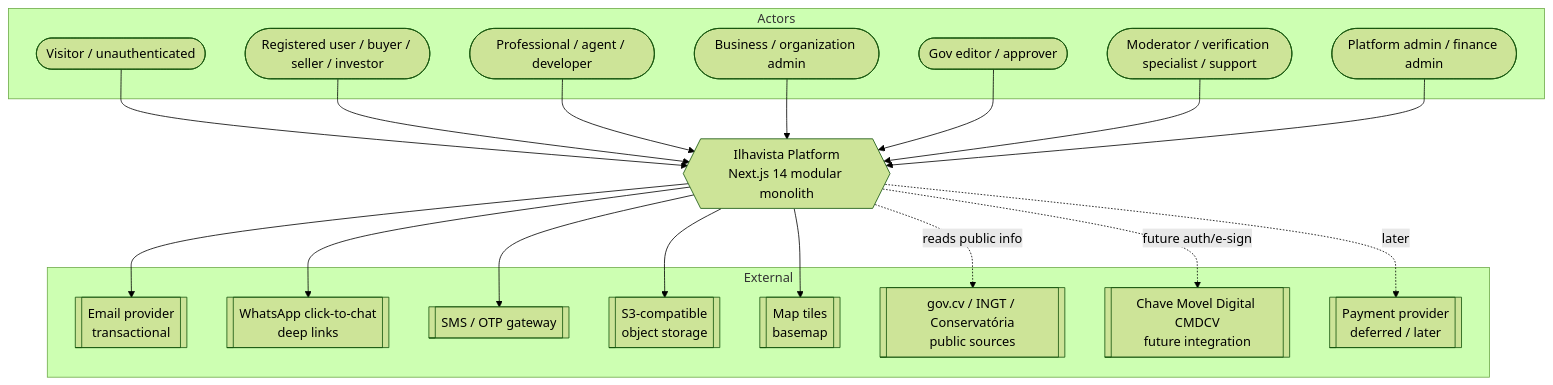
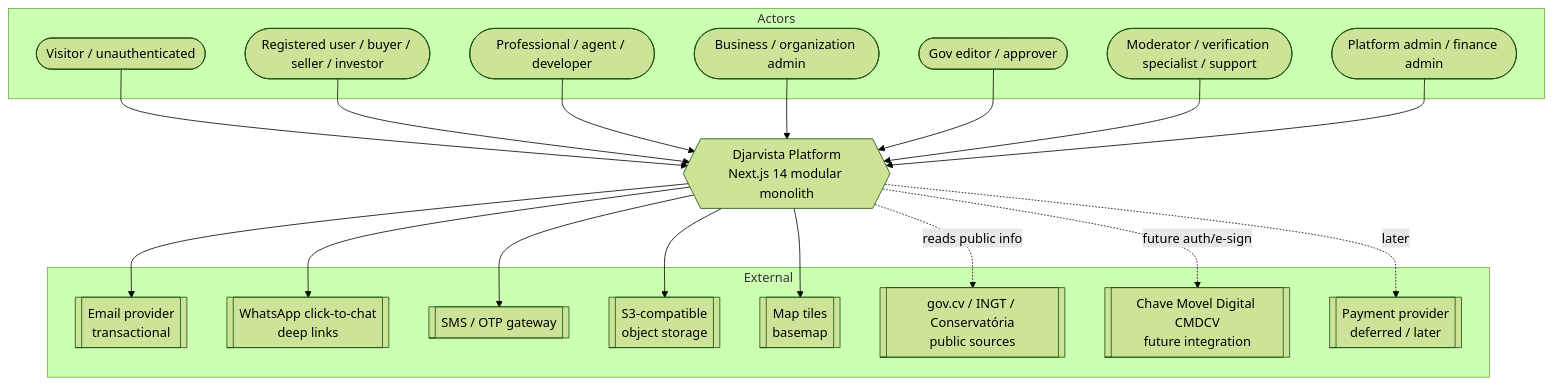
Before and after one commit to Studio-Goud/CapeVerdeMobilia: the first of 9 diagrams in docs/10-technical-architecture.md, drawn with Mermaid (forest theme). The commit also changed other lines of this file and 86 other files, not shown here.

First line of the commit message:
Rebrand: Ilhavista → Djarvista across docs, code, seed and demo

````diff
--- a/docs/10-technical-architecture.md
+++ b/docs/10-technical-architecture.md
@@ -24,42 +24,42 @@
 ```mermaid
 graph TB
     subgraph Actors
         Visitor([Visitor / unauthenticated])
         User([Registered user / buyer / seller / investor])
         Pro([Professional / agent / developer])
         OrgAdmin([Business / organization admin])
         GovEditor([Gov editor / approver])
         Ops([Moderator / verification specialist / support])
         Admin([Platform admin / finance admin])
     end
 
-    Ilhavista{{Ilhavista Platform<br/>Next.js 14 modular monolith}}
+    Djarvista{{Djarvista Platform<br/>Next.js 14 modular monolith}}
 
     subgraph External
         Email[[Email provider<br/>transactional]]
         WhatsApp[[WhatsApp click-to-chat<br/>deep links]]
         SMS[[SMS / OTP gateway]]
         S3[[S3-compatible<br/>object storage]]
         Maps[[Map tiles<br/>basemap]]
         GovCV[[gov.cv / INGT / Conservatória<br/>public sources]]
         CMDCV[[Chave Movel Digital CMDCV<br/>future integration]]
         PSP[[Payment provider<br/>deferred / later]]
     end
 
-    Visitor --> Ilhavista
-    User --> Ilhavista
-    Pro --> Ilhavista
-    OrgAdmin --> Ilhavista
-    GovEditor --> Ilhavista
-    Ops --> Ilhavista
-    Admin --> Ilhavista
+    Visitor --> Djarvista
+    User --> Djarvista
+    Pro --> Djarvista
+    OrgAdmin --> Djarvista
+    GovEditor --> Djarvista
+    Ops --> Djarvista
+    Admin --> Djarvista
 
-    Ilhavista --> Email
-    Ilhavista --> WhatsApp
-    Ilhavista --> SMS
-    Ilhavista --> S3
-    Ilhavista --> Maps
-    Ilhavista -. reads public info .-> GovCV
-    Ilhavista -. future auth/e-sign .-> CMDCV
-    Ilhavista -. later .-> PSP
+    Djarvista --> Email
+    Djarvista --> WhatsApp
+    Djarvista --> SMS
+    Djarvista --> S3
+    Djarvista --> Maps
+    Djarvista -. reads public info .-> GovCV
+    Djarvista -. future auth/e-sign .-> CMDCV
+    Djarvista -. later .-> PSP
 ```
````
